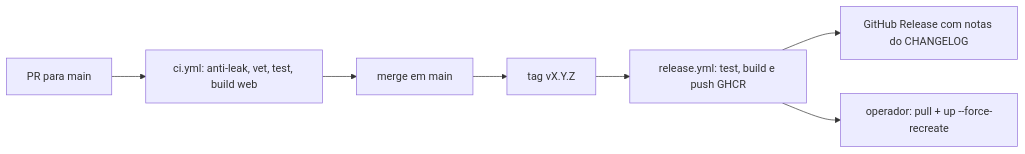
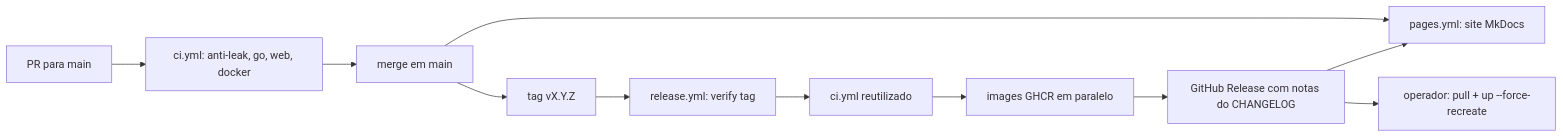
One commit to HarryRaddatz/argus-observability changed the second of 2 diagrams in docs/map.md. Above: the diagram before and after it, drawn with Mermaid. The commit also changed other lines of this file and 10 other files, not shown here.

First line of the commit message:
ci: pipelines em etapas e site de documentacao no GitHub Pages

````diff
--- a/docs/map.md
+++ b/docs/map.md
@@ -120,9 +120,13 @@
 ```mermaid
 flowchart LR
-  PR[PR para main] --> CI[ci.yml: anti-leak, vet, test, build web]
+  PR[PR para main] --> CI[ci.yml: anti-leak, go, web, docker]
   CI --> Main[merge em main]
+  Main --> Pages[pages.yml: site MkDocs]
   Main --> Tag[tag vX.Y.Z]
-  Tag --> Rel[release.yml: test, build e push GHCR]
-  Rel --> GHR[GitHub Release com notas do CHANGELOG]
-  Rel --> Deploy[operador: pull + up --force-recreate]
+  Tag --> Verify[release.yml: verify tag]
+  Verify --> RelCI[ci.yml reutilizado]
+  RelCI --> Img[images GHCR em paralelo]
+  Img --> GHR[GitHub Release com notas do CHANGELOG]
+  GHR --> Pages
+  GHR --> Deploy[operador: pull + up --force-recreate]
 ```
````
